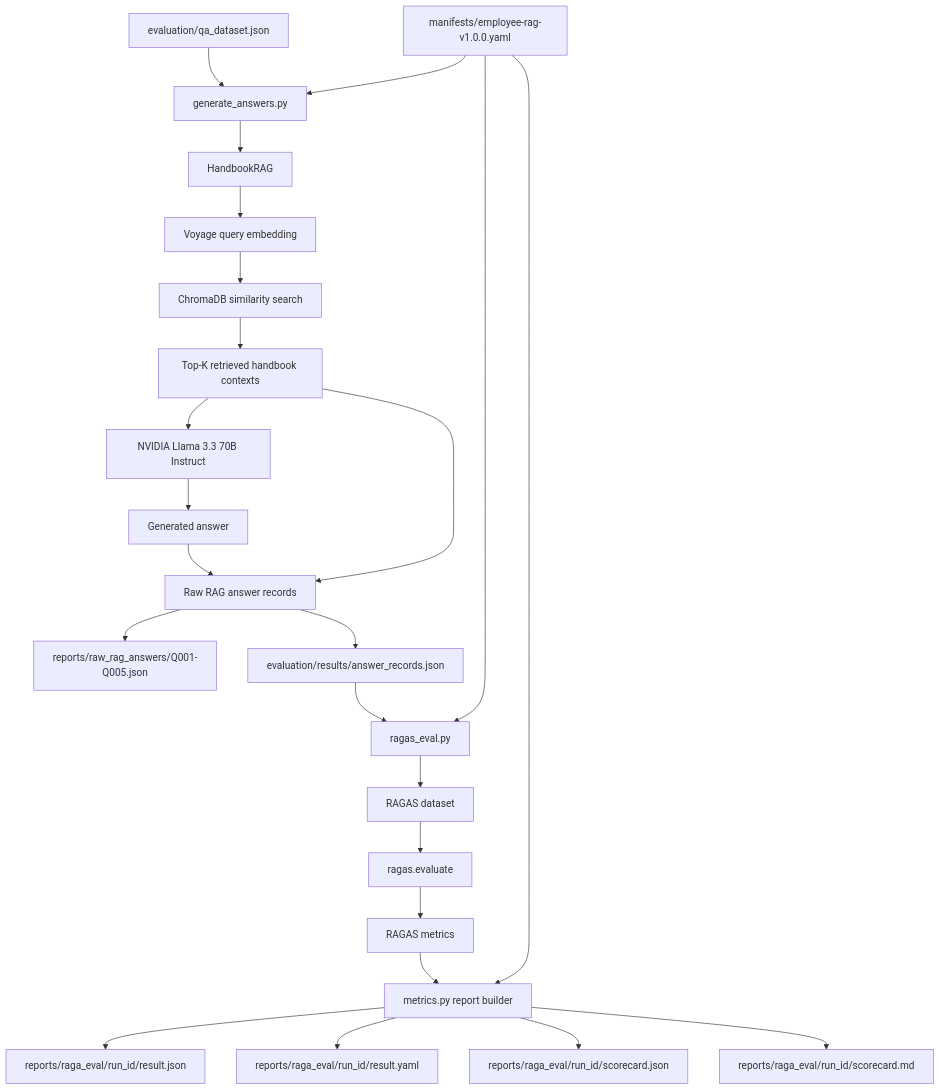
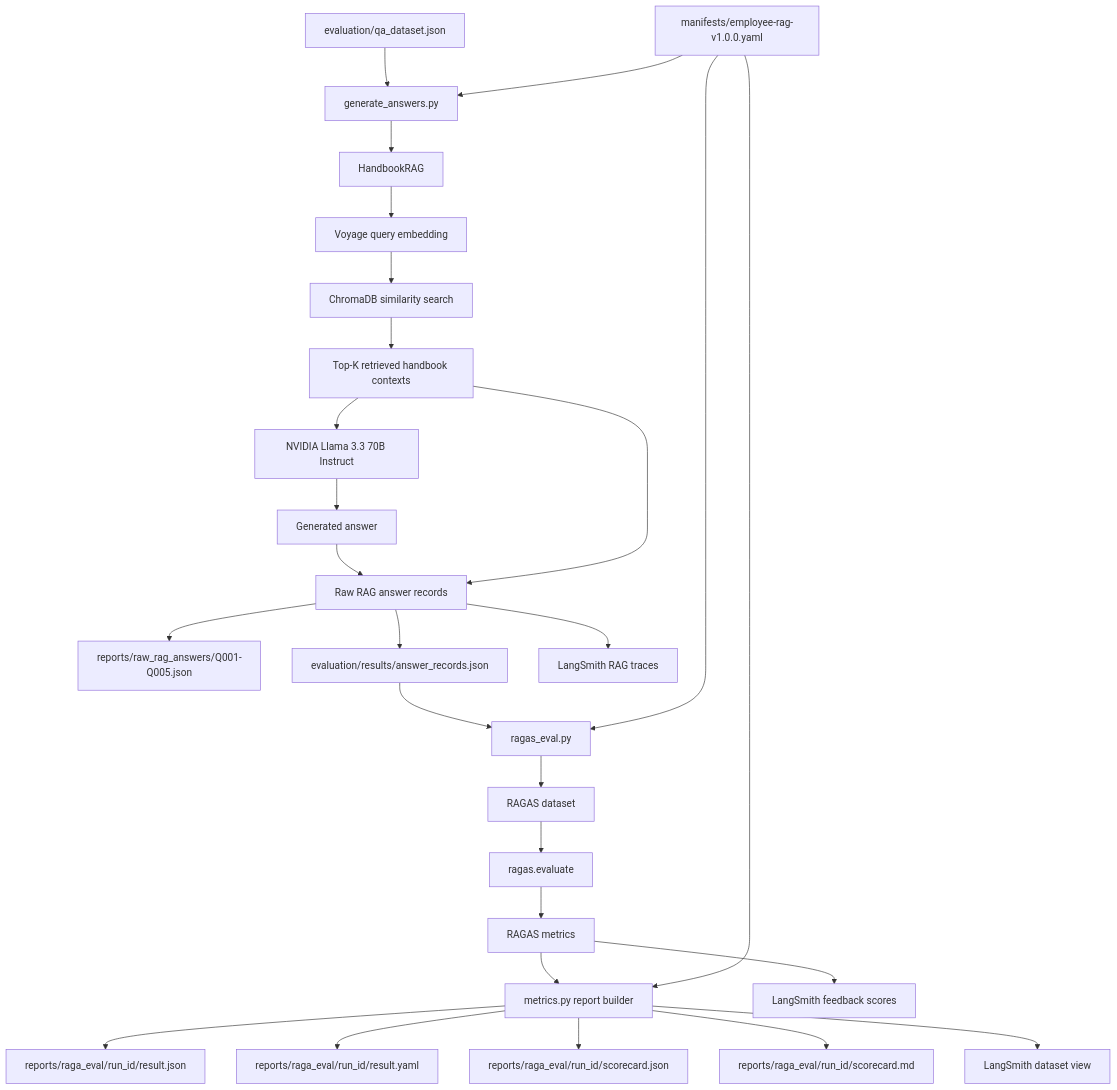
The second of 4 diagrams in ARCHITECTURE_FLOW.md (gajapriyanagulraj/ragas-eval), drawn with Mermaid before and after one commit. The commit also changed other lines of this file and 9 other files, not shown here.

Commit message:
Add LangSmith observability layer

````diff
--- a/ARCHITECTURE_FLOW.md
+++ b/ARCHITECTURE_FLOW.md
@@ -73,28 +82,31 @@
 ```mermaid
 flowchart TD
     A[evaluation/qa_dataset.json] --> B[generate_answers.py]
     B --> C[HandbookRAG]
     C --> D[Voyage query embedding]
     D --> E[ChromaDB similarity search]
     E --> F[Top-K retrieved handbook contexts]
     F --> G[NVIDIA Llama 3.3 70B Instruct]
     G --> H[Generated answer]
     H --> I[Raw RAG answer records]
     F --> I
     I --> J[reports/raw_rag_answers/Q001-Q005.json]
     I --> K[evaluation/results/answer_records.json]
 
     K --> L[ragas_eval.py]
     L --> M[RAGAS dataset]
     M --> N[ragas.evaluate]
     N --> O[RAGAS metrics]
     O --> P[metrics.py report builder]
+    O --> V[LangSmith feedback scores]
+    I --> W[LangSmith RAG traces]
     P --> Q[reports/raga_eval/run_id/result.json]
     P --> R[reports/raga_eval/run_id/result.yaml]
     P --> S[reports/raga_eval/run_id/scorecard.json]
     P --> T[reports/raga_eval/run_id/scorecard.md]
+    P --> X[LangSmith dataset view]
 
     U[manifests/employee-rag-v1.0.0.yaml] --> B
     U --> L
     U --> P
 ```
````
